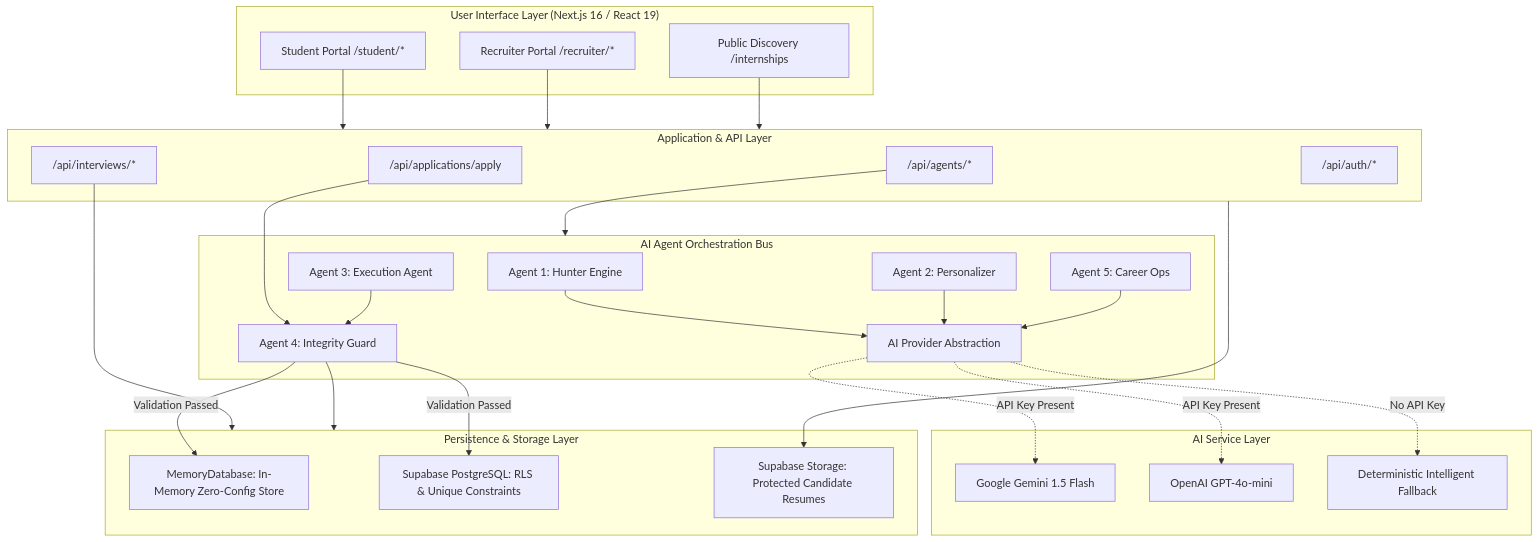
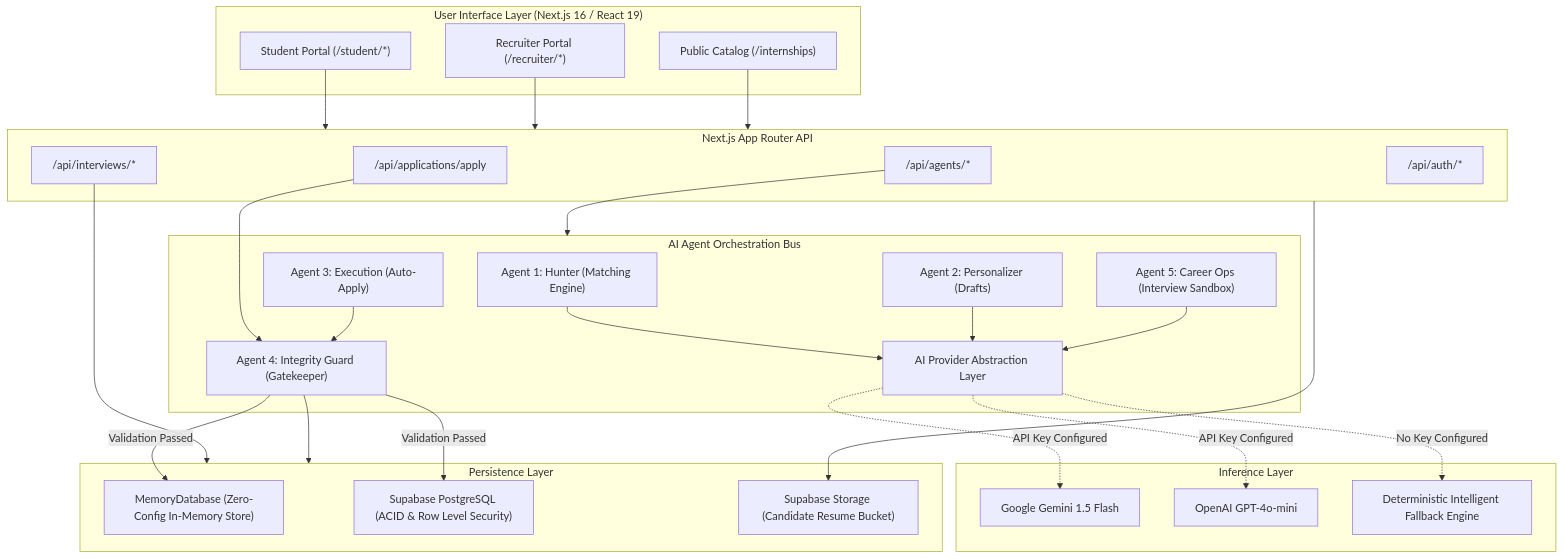
One commit to KjvRajesh11/internbridge changed the first of 2 diagrams in README.md. Above: the diagram before and after it, drawn with Mermaid. The commit also changed other lines of this file, not shown here.

````diff
--- a/README.md
+++ b/README.md
@@ -216,58 +169,58 @@
 ```mermaid
 flowchart TD
     subgraph UI ["User Interface Layer (Next.js 16 / React 19)"]
-        A1[Student Portal /student/*]
-        A2[Recruiter Portal /recruiter/*]
-        A3[Public Discovery /internships]
+        A1["Student Portal (/student/*)"]
+        A2["Recruiter Portal (/recruiter/*)"]
+        A3["Public Catalog (/internships)"]
     end
 
-    subgraph API ["Application & API Layer"]
+    subgraph API ["Next.js App Router API"]
         B1["/api/applications/apply"]
         B2["/api/agents/*"]
         B3["/api/interviews/*"]
         B4["/api/auth/*"]
     end
 
     subgraph ORCH ["AI Agent Orchestration Bus"]
-        C1[Agent 1: Hunter Engine]
-        C2[Agent 2: Personalizer]
-        C3[Agent 3: Execution Agent]
-        C4[Agent 4: Integrity Guard]
-        C5[Agent 5: Career Ops]
-        C6[AI Provider Abstraction]
+        C1["Agent 1: Hunter (Matching Engine)"]
+        C2["Agent 2: Personalizer (Drafts)"]
+        C3["Agent 3: Execution (Auto-Apply)"]
+        C4["Agent 4: Integrity Guard (Gatekeeper)"]
+        C5["Agent 5: Career Ops (Interview Sandbox)"]
+        C6["AI Provider Abstraction Layer"]
     end
 
-    subgraph LLM ["AI Service Layer"]
-        D1[Google Gemini 1.5 Flash]
-        D2[OpenAI GPT-4o-mini]
-        D3[Deterministic Intelligent Fallback]
+    subgraph LLM ["Inference Layer"]
+        D1["Google Gemini 1.5 Flash"]
+        D2["OpenAI GPT-4o-mini"]
+        D3["Deterministic Intelligent Fallback Engine"]
     end
 
-    subgraph DATA ["Persistence & Storage Layer"]
-        E1[MemoryDatabase: In-Memory Zero-Config Store]
-        E2[Supabase PostgreSQL: RLS & Unique Constraints]
-        E3[Supabase Storage: Protected Candidate Resumes]
+    subgraph DATA ["Persistence Layer"]
+        E1["MemoryDatabase (Zero-Config In-Memory Store)"]
+        E2["Supabase PostgreSQL (ACID & Row Level Security)"]
+        E3["Supabase Storage (Candidate Resume Bucket)"]
     end
 
     A1 --> API
     A2 --> API
     A3 --> API
 
     B1 --> C4
     B2 --> ORCH
     B3 --> DATA
 
     C1 --> C6
     C2 --> C6
     C3 --> C4
     C4 --> DATA
     C5 --> C6
 
-    C6 -.->|API Key Present| D1
-    C6 -.->|API Key Present| D2
-    C6 -.->|No API Key| D3
+    C6 -.->|API Key Configured| D1
+    C6 -.->|API Key Configured| D2
+    C6 -.->|No Key Configured| D3
 
     C4 -->|Validation Passed| E1
     C4 -->|Validation Passed| E2
     API --> E3
 ```
````
